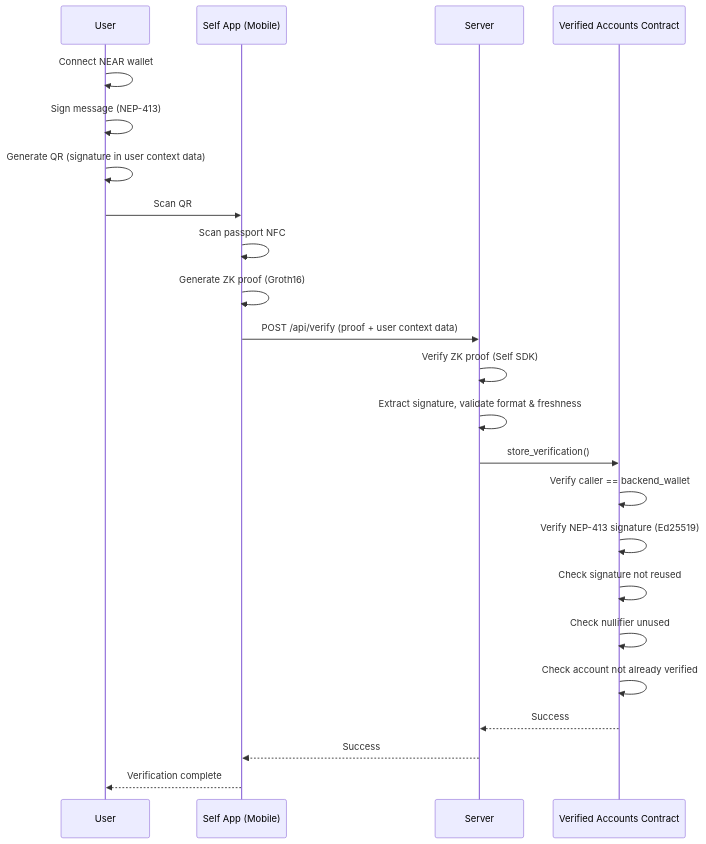
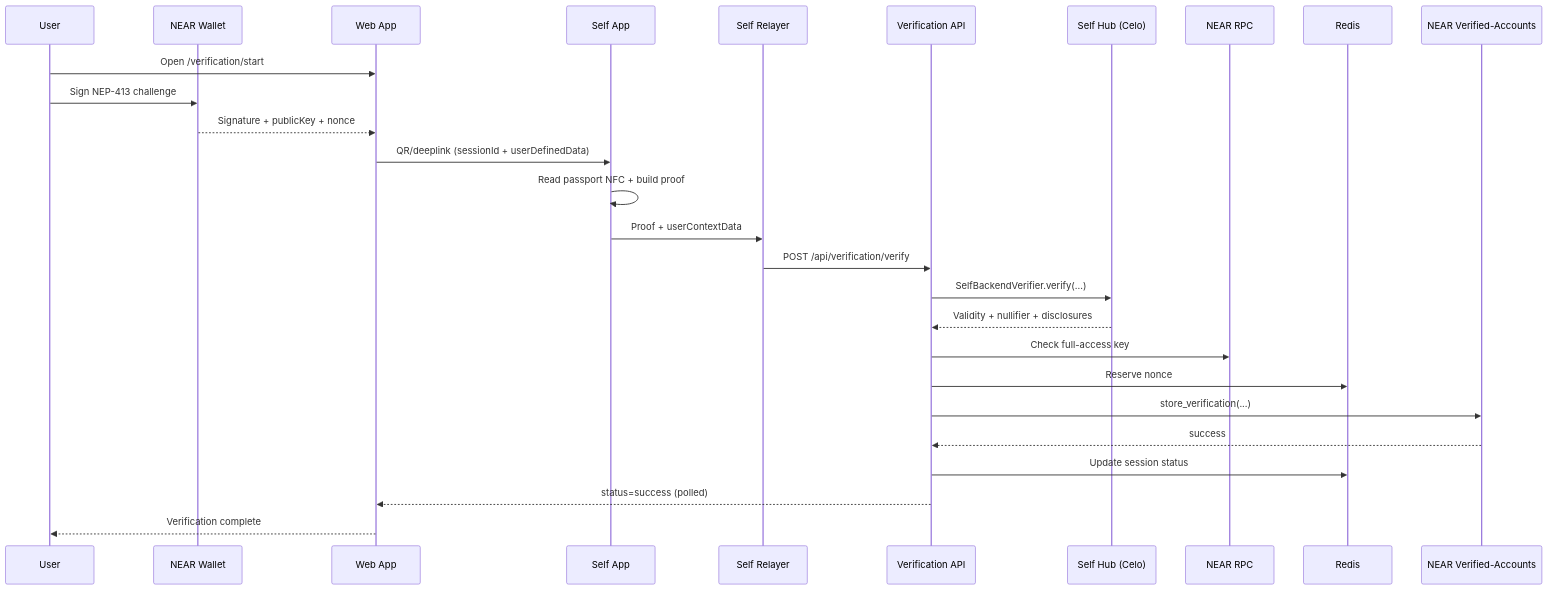
The diagram in docs/HOW_IT_WORKS.md (HackHumanityOrg/near-citizens-house), drawn with Mermaid before and after one commit. The commit also changed other lines of this file and 28 other files, not shown here.

````diff
--- a/docs/HOW_IT_WORKS.md
+++ b/docs/HOW_IT_WORKS.md
@@ -17,30 +35,30 @@
 ```mermaid
 sequenceDiagram
     participant User
-    participant SelfApp as Self App (Mobile)
-    participant BW as Server
-    participant Contract as Verified Accounts Contract
+    participant Wallet as NEAR Wallet
+    participant Web as Web App
+    participant SelfApp as Self App
+    participant Relayer as Self Relayer
+    participant Backend as Verification API
+    participant Hub as Self Hub (Celo)
+    participant Rpc as NEAR RPC
+    participant Redis
+    participant Contract as NEAR Verified-Accounts
 
-    User->>User: Connect NEAR wallet
-    User->>User: Sign message (NEP-413)
-    User->>User: Generate QR (signature in user context data)
-
-    User->>SelfApp: Scan QR
-    SelfApp->>SelfApp: Scan passport NFC
-    SelfApp->>SelfApp: Generate ZK proof (Groth16)
-    SelfApp->>BW: POST /api/verify (proof + user context data)
-
-    BW->>BW: Verify ZK proof (Self SDK)
-    BW->>BW: Extract signature, validate format & freshness
-    BW->>Contract: store_verification()
-
-    Contract->>Contract: Verify caller == backend_wallet
-    Contract->>Contract: Verify NEP-413 signature (Ed25519)
-    Contract->>Contract: Check signature not reused
-    Contract->>Contract: Check nullifier unused
-    Contract->>Contract: Check account not already verified
-    Contract-->>BW: Success
-
-    BW-->>SelfApp: Success
-    SelfApp-->>User: Verification complete
+    User->>Web: Open /verification/start
+    User->>Wallet: Sign NEP-413 challenge
+    Wallet-->>Web: Signature + publicKey + nonce
+    Web->>SelfApp: QR/deeplink (sessionId + userDefinedData)
+    SelfApp->>SelfApp: Read passport NFC + build proof
+    SelfApp->>Relayer: Proof + userContextData
+    Relayer->>Backend: POST /api/verification/verify
+    Backend->>Hub: SelfBackendVerifier.verify(...)
+    Hub-->>Backend: Validity + nullifier + disclosures
+    Backend->>Rpc: Check full-access key
+    Backend->>Redis: Reserve nonce
+    Backend->>Contract: store_verification(...)
+    Contract-->>Backend: success
+    Backend->>Redis: Update session status
+    Backend-->>Web: status=success (polled)
+    Web-->>User: Verification complete
 ```
````
